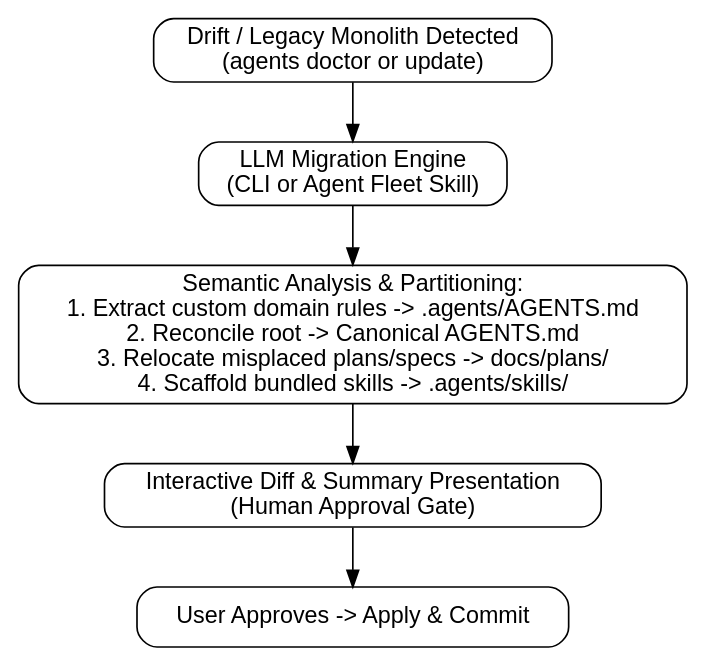
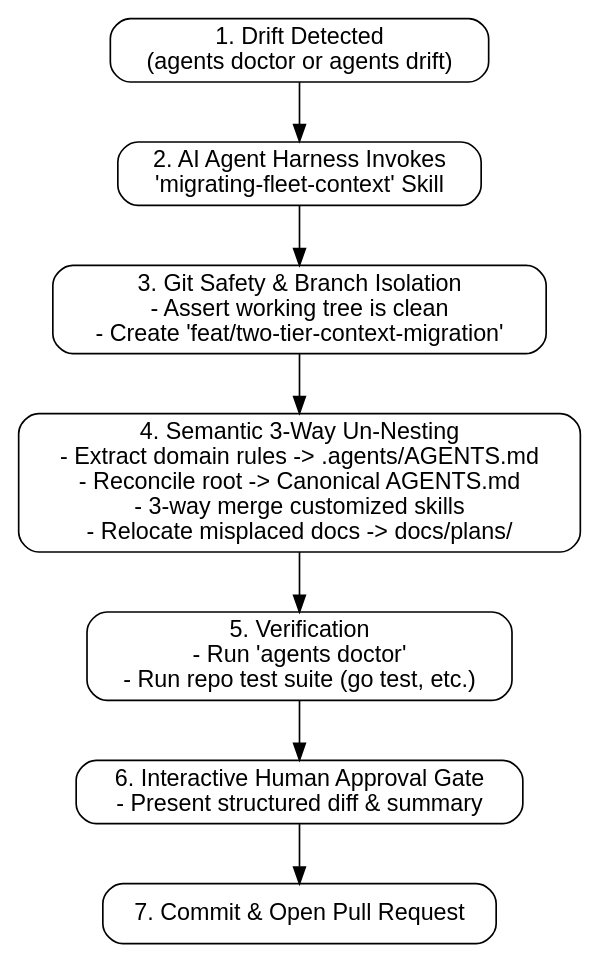
The diagram in docs/design/2026-08-29-two-tier-context-and-llm-migration-architecture.md (nilbot/dotfiles), drawn with Graphviz before and after one commit. The commit also changed other lines of this file and 1 other file, not shown here.

Commit message:
docs: update two-tier context spec and plan model a migration

````diff
--- a/docs/design/2026-08-29-two-tier-context-and-llm-migration-architecture.md
+++ b/docs/design/2026-08-29-two-tier-context-and-llm-migration-architecture.md
@@ -116,13 +207,15 @@
 ```dot
-digraph llm_migration {
+digraph model_a_migration {
     node [shape=box, style=rounded, fontname="Helvetica"];
     
-    A [label="Drift / Legacy Monolith Detected\n(agents doctor or update)"];
-    B [label="LLM Migration Engine\n(CLI or Agent Fleet Skill)"];
-    C [label="Semantic Analysis & Partitioning:\n1. Extract custom domain rules -> .agents/AGENTS.md\n2. Reconcile root -> Canonical AGENTS.md\n3. Relocate misplaced plans/specs -> docs/plans/\n4. Scaffold bundled skills -> .agents/skills/"];
-    D [label="Interactive Diff & Summary Presentation\n(Human Approval Gate)"];
-    E [label="User Approves -> Apply & Commit"];
+    A [label="1. Drift Detected\n(agents doctor or agents drift)"];
+    B [label="2. AI Agent Harness Invokes\n'migrating-fleet-context' Skill"];
+    C [label="3. Git Safety & Branch Isolation\n- Assert working tree is clean\n- Create 'feat/two-tier-context-migration'"];
+    D [label="4. Semantic 3-Way Un-Nesting\n- Extract domain rules -> .agents/AGENTS.md\n- Reconcile root -> Canonical AGENTS.md\n- 3-way merge customized skills\n- Relocate misplaced docs -> docs/plans/"];
+    E [label="5. Verification\n- Run 'agents doctor'\n- Run repo test suite (go test, etc.)"];
+    F [label="6. Interactive Human Approval Gate\n- Present structured diff & summary"];
+    G [label="7. Commit & Open Pull Request"];
 
-    A -> B -> C -> D -> E;
+    A -> B -> C -> D -> E -> F -> G;
 }
 ```
````
